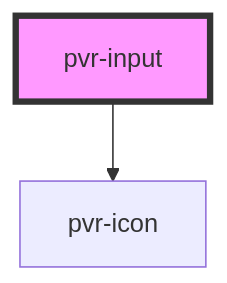
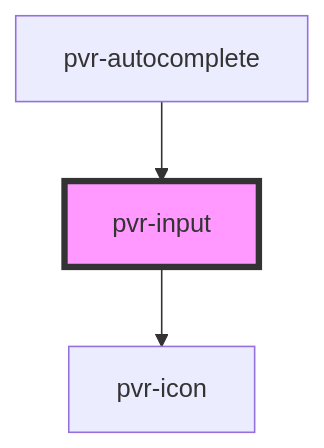
One commit to pvrobays/pvr-components changed the diagram in packages/pvr-components/src/components/pvr-input/readme.md. Above: the diagram before and after it, drawn with Mermaid. The commit also changed other lines of this file and 6 other files, not shown here.

Commit message:
Created basic pvr-autocomplete search component

````diff
--- a/packages/pvr-components/src/components/pvr-input/readme.md
+++ b/packages/pvr-components/src/components/pvr-input/readme.md
@@ -30,5 +35,6 @@
 ```mermaid
 graph TD;
   pvr-input --> pvr-icon
+  pvr-autocomplete --> pvr-input
   style pvr-input fill:#f9f,stroke:#333,stroke-width:4px
 ```
````
